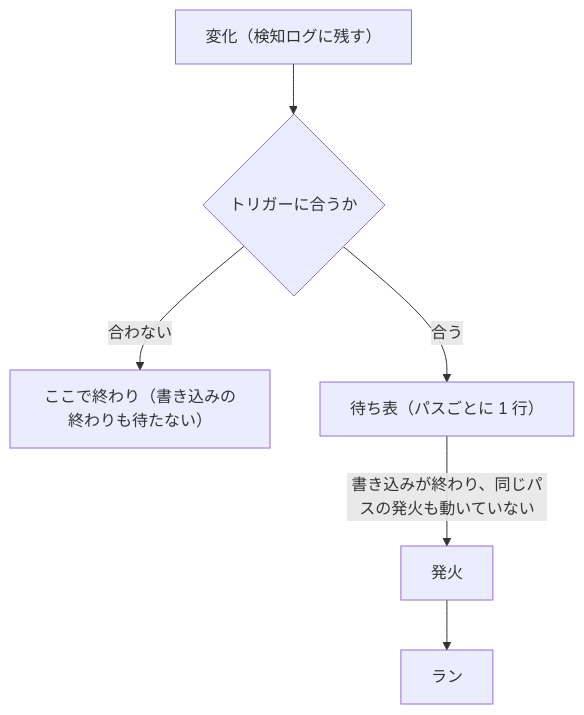
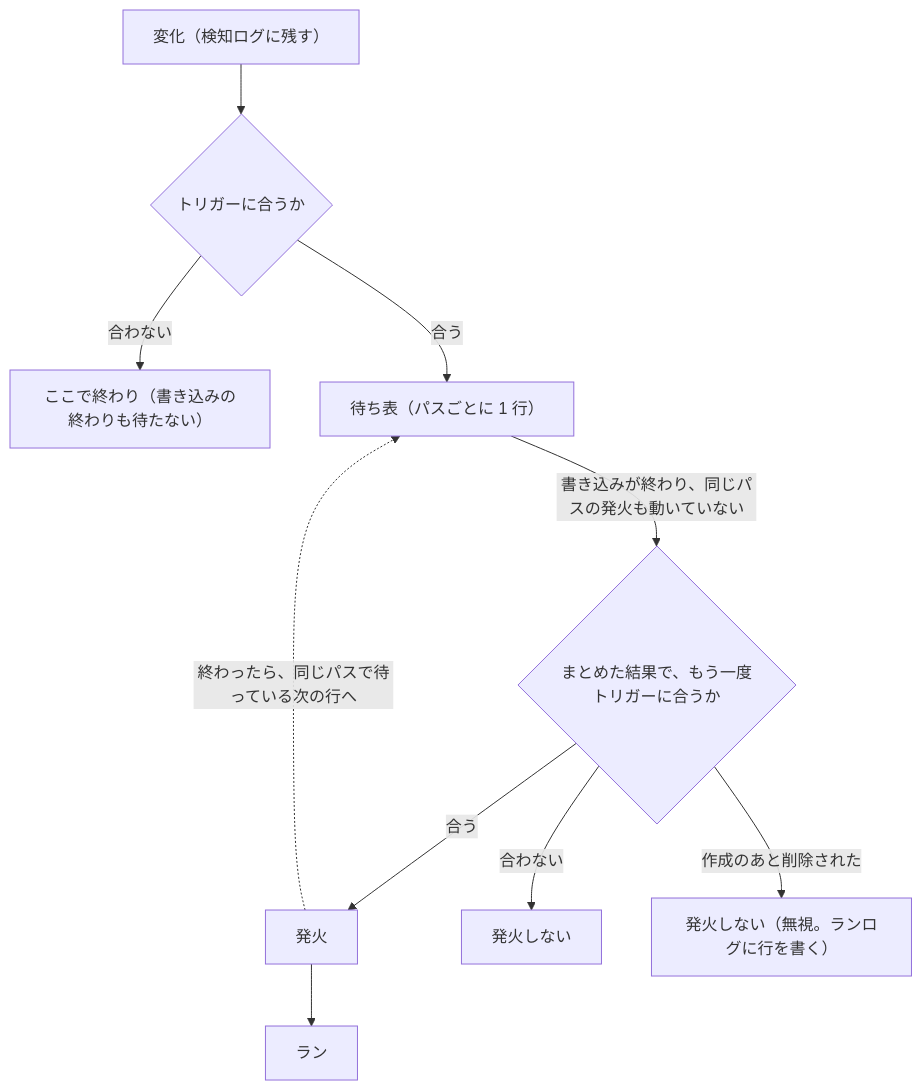
One commit to capypara20/Foxonar changed the fourth of 4 diagrams in docs/design.ja.md. Above: the diagram before and after it, drawn with Mermaid. The commit also changed other lines of this file and 3 other files, not shown here.

````diff
--- a/docs/design.ja.md
+++ b/docs/design.ja.md
@@ -314,8 +324,12 @@
 ```mermaid
 flowchart TD
   change["変化（検知ログに残す）"] --> match{"トリガーに合うか"}
   match -->|合わない| stop["ここで終わり（書き込みの終わりも待たない）"]
   match -->|合う| pending["待ち表（パスごとに 1 行）"]
-  pending -->|書き込みが終わり、同じパスの発火も動いていない| firing["発火"]
+  pending -->|書き込みが終わり、同じパスの発火も動いていない| check{"まとめた結果で、もう一度トリガーに合うか"}
+  check -->|合う| firing["発火"]
+  check -->|合わない| nofire["発火しない"]
+  check -->|作成のあと削除された| ignore["発火しない（無視。ランログに行を書く）"]
   firing --> run["ラン"]
+  firing -.->|終わったら、同じパスで待っている次の行へ| pending
 ```
````
